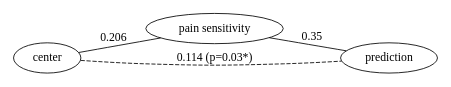
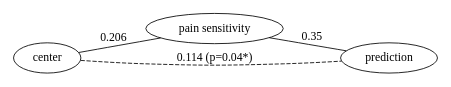
Before and after one commit to pni-lab/mlconfound: the diagram in notebooks/example.dot, drawn with Graphviz. The commit also changed 3 other files, not shown here.

```diff
--- a/notebooks/example.dot
+++ b/notebooks/example.dot
@@ -1,9 +1,9 @@
 graph {
 	rankdir=LR size="4.5,4.5"
 	c [label=center]
 	y [label="pain sensitivity"]
 	yhat [label=prediction]
-	c -- yhat [label="0.114 (p=0.03*)" style=dashed]
+	c -- yhat [label="0.114 (p=0.04*)" style=dashed]
 	c -- y [label=0.206]
 	y -- yhat [label=0.35]
 }
```
